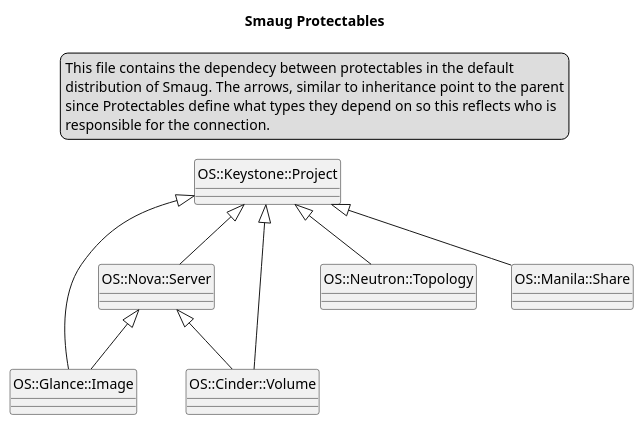
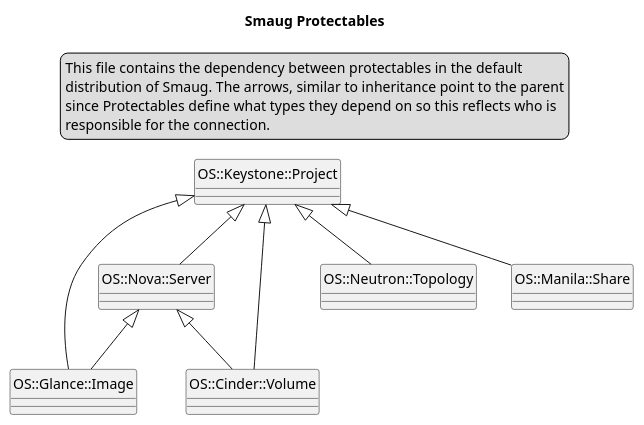
Before and after one commit to openstack-archive/karbor: the diagram in doc/source/specs/available_protectables.pu, drawn with PlantUML. The commit also changed 2 other files, not shown here.

```diff
--- a/doc/source/specs/available_protectables.pu
+++ b/doc/source/specs/available_protectables.pu
@@ -1,26 +1,26 @@
 @startuml
 
 title Smaug Protectables
 
 hide circle
 
 legend top
-This file contains the dependecy between protectables in the default
+This file contains the dependency between protectables in the default
 distribution of Smaug. The arrows, similar to inheritance point to the parent
 since Protectables define what types they depend on so this reflects who is
 responsible for the connection.
 endlegend
 
 class OS::Glance::Image extends OS::Nova::Server, OS::Keystone::Project
 
 class OS::Cinder::Volume extends OS::Nova::Server, OS::Keystone::Project
 
 class OS::Nova::Server extends OS::Keystone::Project
 
 class OS::Keystone::Project
 
 class OS::Neutron::Topology extends OS::Keystone::Project
 
 class OS::Manila::Share extends OS::Keystone::Project
 
 @enduml
```
